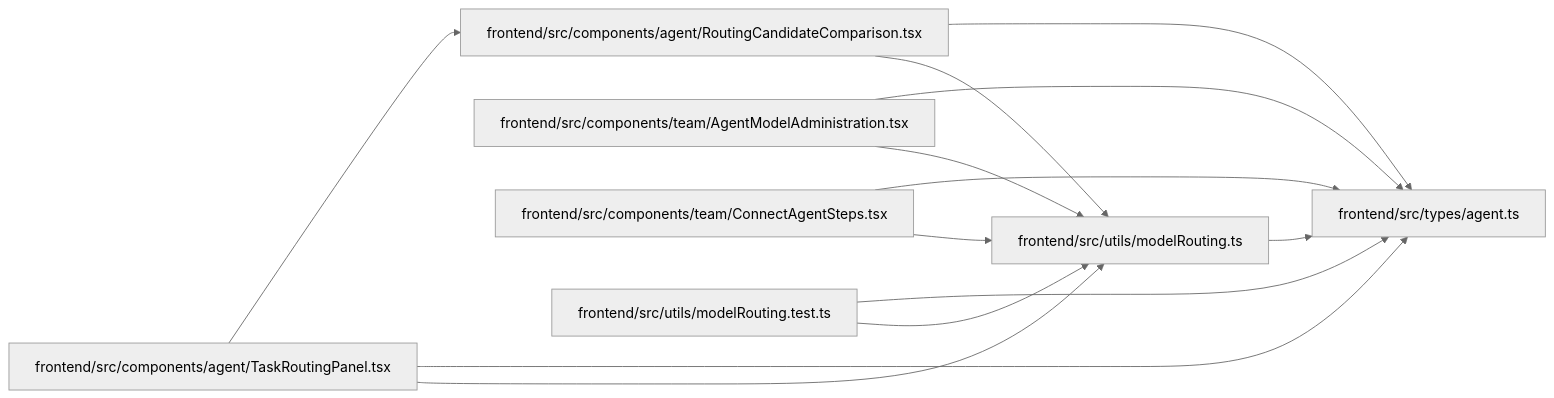
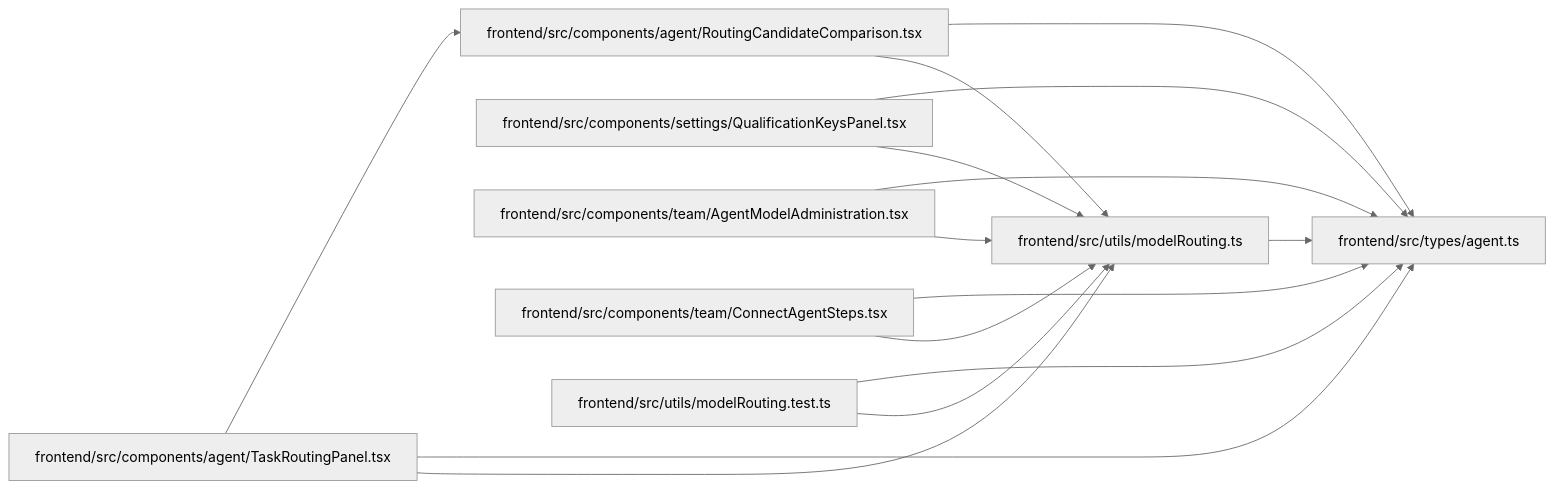
One commit to Denissvgn/WorkChord changed the diagram in docs/llm_wiki/modules/modelRouting.md. Above: the diagram before and after it, drawn with Mermaid (neutral theme). The commit also changed other lines of this file and 911 other files, not shown here.

Commit message:
Sync the architectural wiki for deployment qualification keys

````diff
--- a/docs/llm_wiki/modules/modelRouting.md
+++ b/docs/llm_wiki/modules/modelRouting.md
@@ -28,29 +28,33 @@
 ```mermaid
 flowchart LR
     n0["frontend/src/components/agent/RoutingCandidateComparison.tsx"]
     n1["frontend/src/components/agent/TaskRoutingPanel.tsx"]
-    n2["frontend/src/components/team/AgentModelAdministration.tsx"]
-    n3["frontend/src/components/team/ConnectAgentSteps.tsx"]
-    n4["frontend/src/types/agent.ts"]
-    n5["frontend/src/utils/modelRouting.test.ts"]
-    n6["frontend/src/utils/modelRouting.ts"]
-    n0 --> n4
-    n0 --> n6
+    n2["frontend/src/components/settings/QualificationKeysPanel.tsx"]
+    n3["frontend/src/components/team/AgentModelAdministration.tsx"]
+    n4["frontend/src/components/team/ConnectAgentSteps.tsx"]
+    n5["frontend/src/types/agent.ts"]
+    n6["frontend/src/utils/modelRouting.test.ts"]
+    n7["frontend/src/utils/modelRouting.ts"]
+    n0 --> n5
+    n0 --> n7
     n1 --> n0
-    n1 --> n4
-    n1 --> n6
-    n2 --> n4
-    n2 --> n6
-    n3 --> n4
-    n3 --> n6
-    n5 --> n4
-    n5 --> n6
-    n6 --> n4
+    n1 --> n5
+    n1 --> n7
+    n2 --> n5
+    n2 --> n7
+    n3 --> n5
+    n3 --> n7
+    n4 --> n5
+    n4 --> n7
+    n6 --> n5
+    n6 --> n7
+    n7 --> n5
     click n0 "../modules/RoutingCandidateComparison.md"
     click n1 "../modules/TaskRoutingPanel.md"
-    click n2 "../modules/AgentModelAdministration.md"
-    click n3 "../modules/ConnectAgentSteps.md"
-    click n4 "../modules/types_agent.md"
-    click n5 "../modules/modelRouting.test.md"
-    click n6 "../modules/modelRouting.md"
+    click n2 "../modules/QualificationKeysPanel.md"
+    click n3 "../modules/AgentModelAdministration.md"
+    click n4 "../modules/ConnectAgentSteps.md"
+    click n5 "../modules/types_agent.md"
+    click n6 "../modules/modelRouting.test.md"
+    click n7 "../modules/modelRouting.md"
 ```
````
